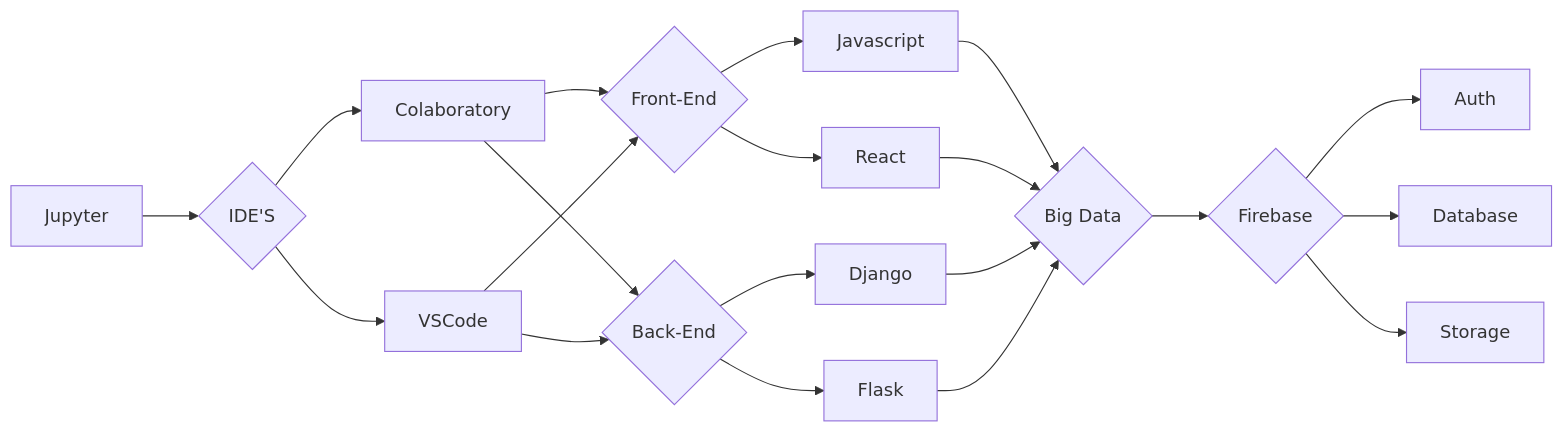
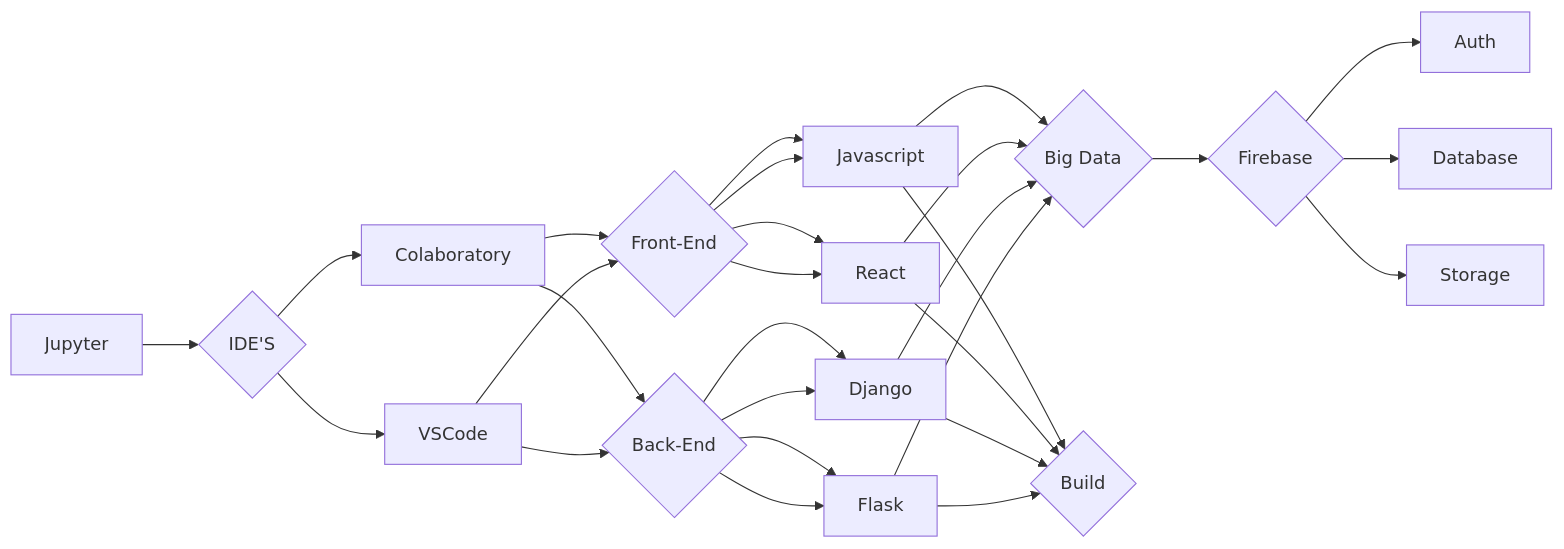
One commit to SauloCandeira/SauloCandeira changed the first of 2 diagrams in README.md. Above: the diagram before and after it, drawn with Mermaid.

````diff
--- a/README.md
+++ b/README.md
@@ -61,27 +61,35 @@
 ```mermaid
 flowchart LR
 
 M[Jupyter] --> Z{IDE'S} 
 
 Z{IDE'S} --> K[Colaboratory]
 Z  --> L
 
 K[Colaboratory] --> A{Front-End} 
 K --> B{Back-End}
 L[VSCode] --> A{Front-End} 
 L --> B{Back-End}
 
 A{Front-End} --> I[Javascript] --> N{Big Data}
 A{Front-End} --> J[React] --> N{Big Data}
 
 B{Back-End} --> G[Django] --> N{Big Data}
 B{Back-End} --> H[Flask] --> N{Big Data}
 
+A{Front-End} --> I[Javascript] --> O{Build}
+A{Front-End} --> J[React] --> O{Build}
+
+B{Back-End} --> G[Django] --> O{Build}
+B{Back-End} --> H[Flask] --> O{Build}
+
+O{Build} 
+
+
 N{Big Data} --> C{Firebase}
-
 
 
 C --> D[Auth]
 C --> E[Database]
 C --> F[Storage]
 ```
````
